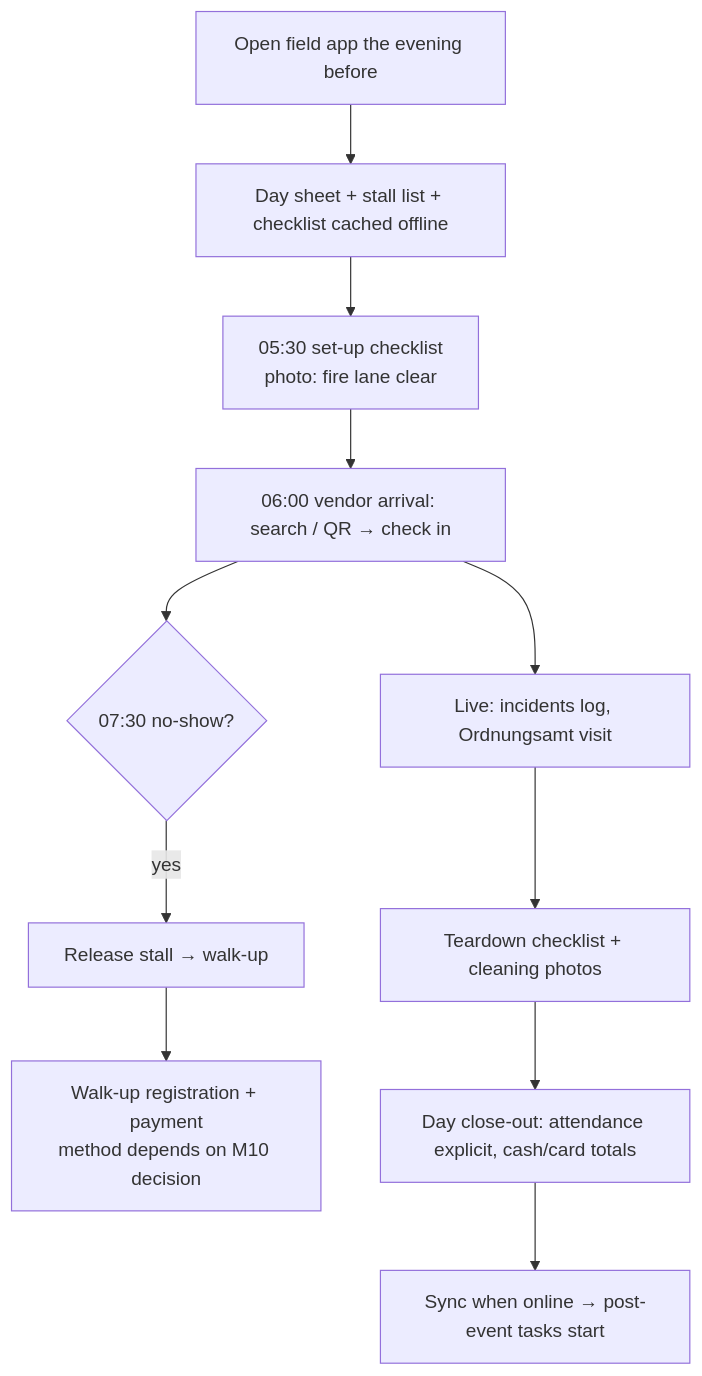
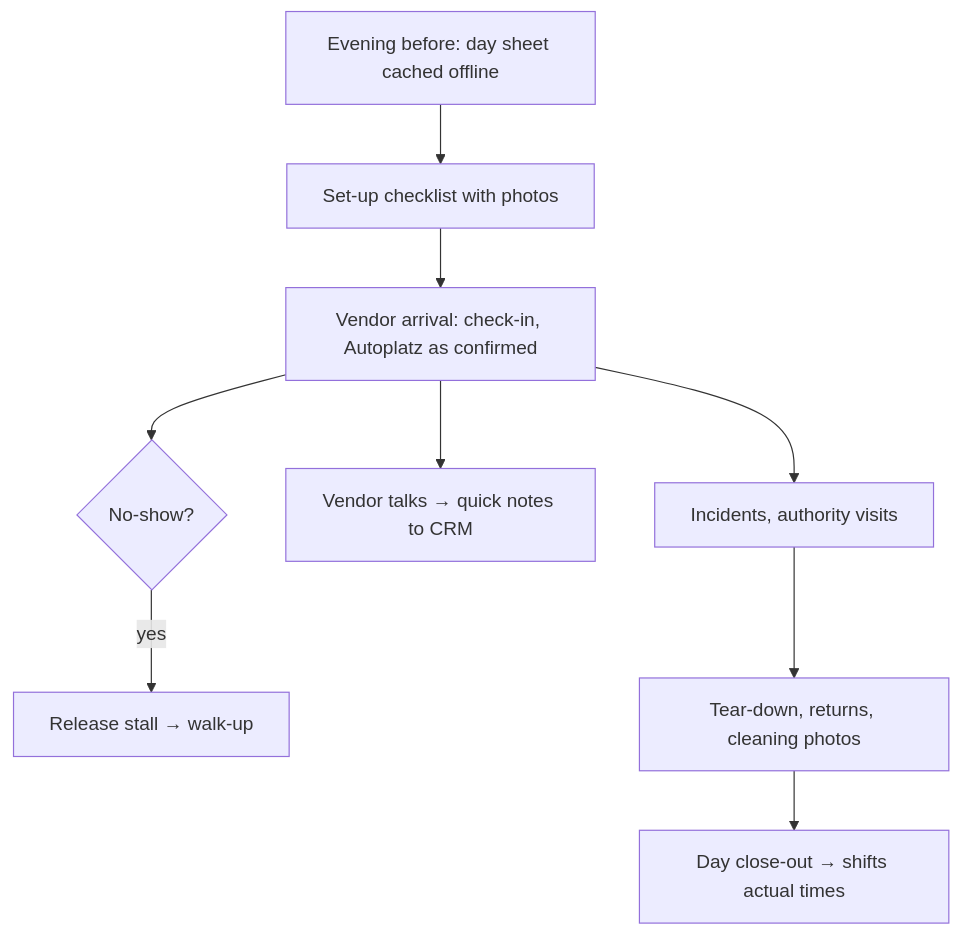
One commit to coelln-konzept/marktwerk changed diagram 12 of 12 in docs/product/user-flows.md. Above: the diagram before and after it, drawn with Mermaid. The commit also changed other lines of this file and 36 other files, not shown here.

````diff
--- a/docs/product/user-flows.md
+++ b/docs/product/user-flows.md
@@ -166,13 +175,10 @@
 ```mermaid
 flowchart TD
-    O[Open field app the evening before] --> C[Day sheet + stall list + checklist cached offline]
-    C --> A[05:30 set-up checklist<br/>photo: fire lane clear]
-    A --> G[06:00 vendor arrival: search / QR → check in]
-    G --> NS{07:30 no-show?}
-    NS -->|yes| RL[Release stall → walk-up]
-    RL --> WU[Walk-up registration + payment<br/>method depends on M10 decision]
-    G --> L[Live: incidents log, Ordnungsamt visit]
-    L --> T[Teardown checklist + cleaning photos]
-    T --> CL[Day close-out: attendance explicit, cash/card totals]
-    CL --> SY[Sync when online → post-event tasks start]
+    O[Evening before: day sheet cached offline] --> A[Set-up checklist with photos]
+    A --> G[Vendor arrival: check-in, Autoplatz as confirmed]
+    G --> NS{No-show?} -->|yes| RL[Release stall → walk-up]
+    G --> VT[Vendor talks → quick notes to CRM]
+    G --> L[Incidents, authority visits]
+    L --> T[Tear-down, returns, cleaning photos]
+    T --> CL[Day close-out → shifts actual times]
 ```
````
